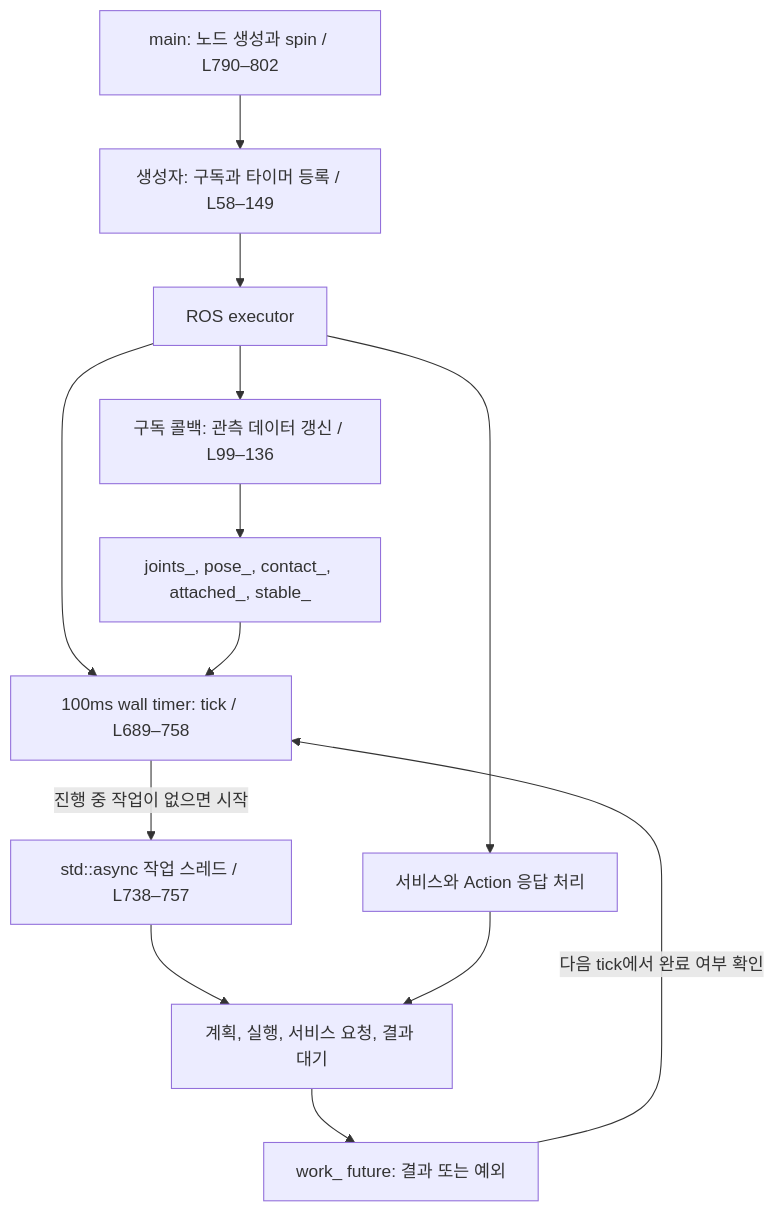
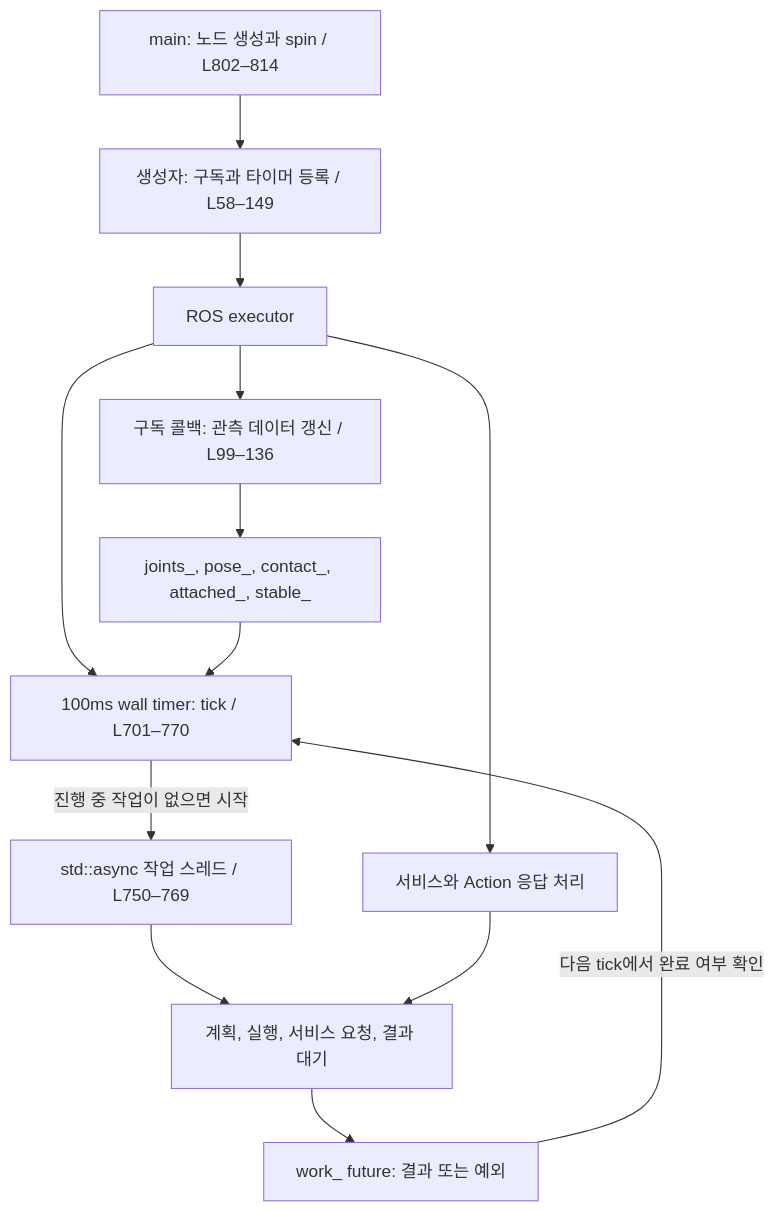
One commit to dongseoki/my_arm_with_ball changed the first of 4 diagrams in docs/pick_and_place_test_cpp해설.md. Above: the diagram before and after it, drawn with Mermaid. The commit also changed other lines of this file and 1 other file, not shown here.

````diff
--- a/docs/pick_and_place_test_cpp해설.md
+++ b/docs/pick_and_place_test_cpp해설.md
@@ -22,15 +22,15 @@
 ```mermaid
 flowchart TD
-    MAIN["main: 노드 생성과 spin / L790–802"] --> INIT["생성자: 구독과 타이머 등록 / L58–149"]
+    MAIN["main: 노드 생성과 spin / L802–814"] --> INIT["생성자: 구독과 타이머 등록 / L58–149"]
     INIT --> EXEC["ROS executor"]
     EXEC --> SUB["구독 콜백: 관측 데이터 갱신 / L99–136"]
-    EXEC --> TICK["100ms wall timer: tick / L689–758"]
+    EXEC --> TICK["100ms wall timer: tick / L701–770"]
     EXEC --> RESP["서비스와 Action 응답 처리"]
     SUB --> DATA["joints_, pose_, contact_, attached_, stable_"]
     DATA --> TICK
-    TICK -->|"진행 중 작업이 없으면 시작"| ASYNC["std::async 작업 스레드 / L738–757"]
+    TICK -->|"진행 중 작업이 없으면 시작"| ASYNC["std::async 작업 스레드 / L750–769"]
     ASYNC --> WORK["계획, 실행, 서비스 요청, 결과 대기"]
     RESP --> WORK
     WORK --> FUTURE["work_ future: 결과 또는 예외"]
     FUTURE -->|"다음 tick에서 완료 여부 확인"| TICK
 ```
````
